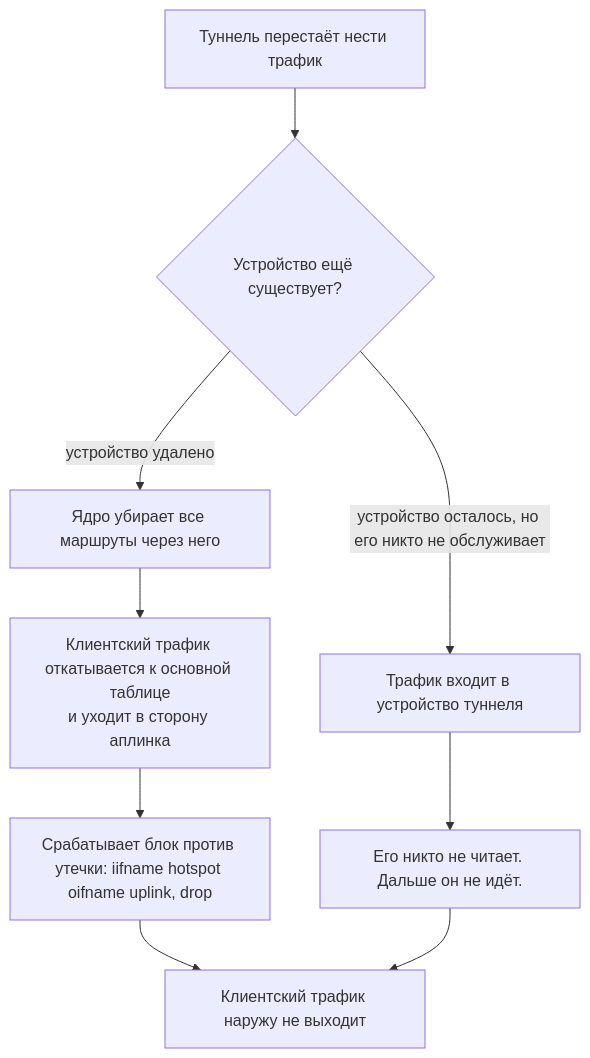
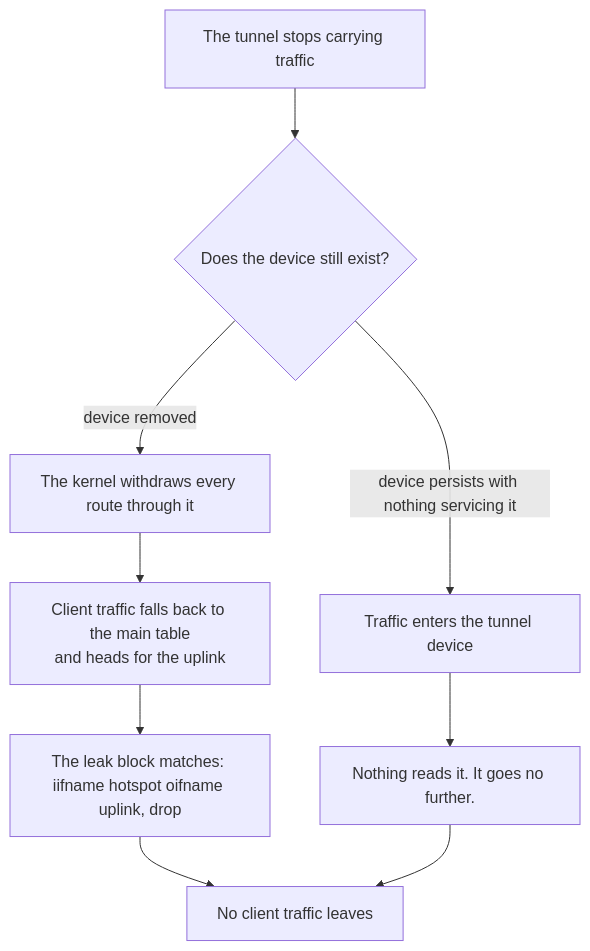
One commit to Iman/caspian changed the sixth of 8 diagrams in docs/wiki/Architecture.ru.md. Above: the diagram before and after it, drawn with Mermaid. The commit also changed other lines of this file and 149 other files, not shown here.

````diff
--- a/docs/wiki/Architecture.ru.md
+++ b/docs/wiki/Architecture.ru.md
@@ -262,11 +264,11 @@
 ```mermaid
 flowchart TB
-    GONE["Туннель перестаёт нести трафик"] --> Q{"Устройство ещё существует?"}
-    Q -->|"устройство удалено"| WD["Ядро убирает все маршруты через него"]
-    WD --> FB["Клиентский трафик откатывается к основной таблице<br/>и уходит в сторону аплинка"]
-    FB --> LB["Срабатывает блок против утечки: iifname hotspot oifname uplink, drop"]
-    Q -->|"устройство осталось, но его никто не обслуживает"| ENTER["Трафик входит в устройство туннеля"]
-    ENTER --> NOWHERE["Его никто не читает. Дальше он не идёт."]
-    LB --> SAFE["Клиентский трафик наружу не выходит"]
+    GONE["The tunnel stops carrying traffic"] --> Q{"Does the device still exist?"}
+    Q -->|"device removed"| WD["The kernel withdraws every route through it"]
+    WD --> FB["Client traffic falls back to the main table<br/>and heads for the uplink"]
+    FB --> LB["The leak block matches: iifname hotspot oifname uplink, drop"]
+    Q -->|"device persists with nothing servicing it"| ENTER["Traffic enters the tunnel device"]
+    ENTER --> NOWHERE["Nothing reads it. It goes no further."]
+    LB --> SAFE["No client traffic leaves"]
     NOWHERE --> SAFE
 ```
````
